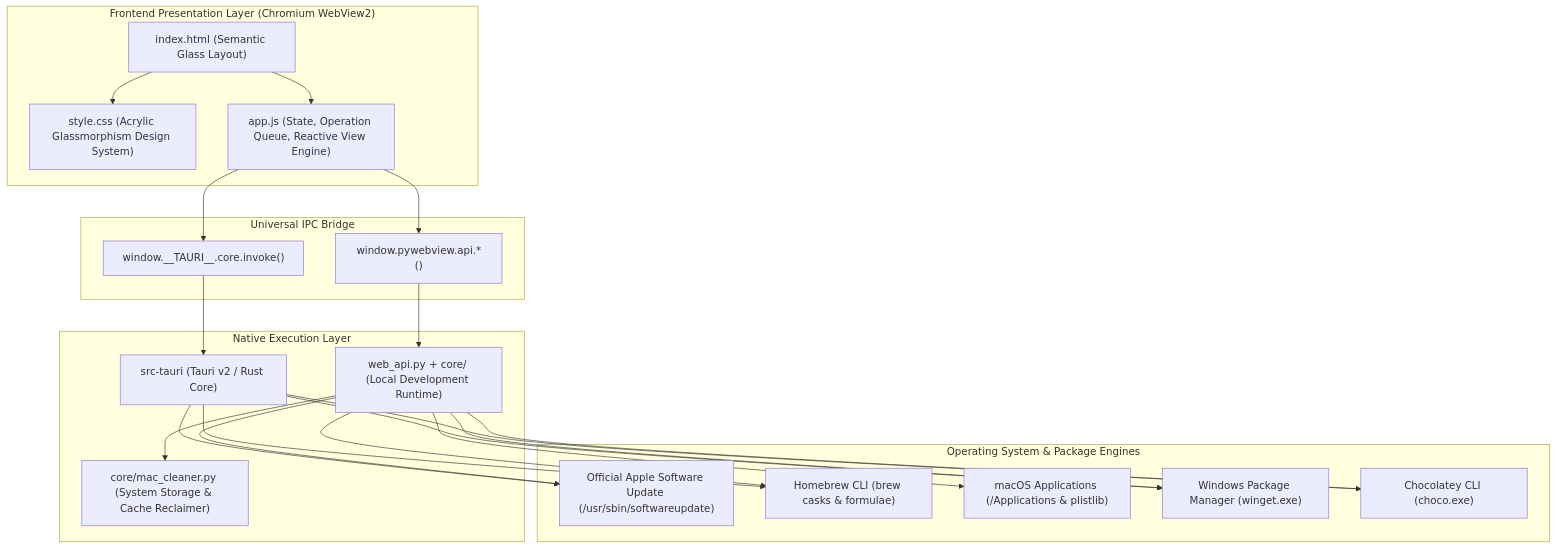
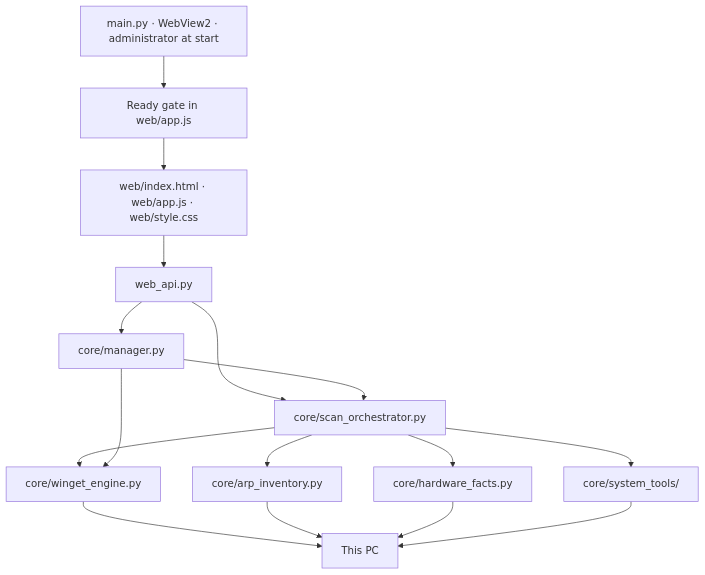
Before and after one commit to merchanthasan2/AudoChocolatey: the first of 2 diagrams in docs/ARCHITECTURE.md, drawn with Mermaid. The commit also changed other lines of this file and 177 other files, not shown here.

First line of the commit message:
feat(windows): release channel, winget package, ready gate, and Wave 1 cleanup

````diff
--- a/docs/ARCHITECTURE.md
+++ b/docs/ARCHITECTURE.md
@@ -12,45 +75,30 @@
 ```mermaid
-graph TD
-    subgraph UI ["Frontend Presentation Layer (Chromium WebView2)"]
-        HTML["index.html (Semantic Glass Layout)"]
-        CSS["style.css (Acrylic Glassmorphism Design System)"]
-        JS["app.js (State, Operation Queue, Reactive View Engine)"]
-    end
+flowchart TD
+  host["main.py · WebView2 · administrator at start"]
+  gate["Ready gate in web/app.js"]
+  screen["web/index.html · web/app.js · web/style.css"]
+  bridge["web_api.py"]
+  mgr["core/manager.py"]
+  scans["core/scan_orchestrator.py"]
+  catalog["core/winget_engine.py"]
+  arp["core/arp_inventory.py"]
+  facts["core/hardware_facts.py"]
+  tools["core/system_tools/"]
+  win["This PC"]
 
-    subgraph IPC ["Universal IPC Bridge"]
-        TauriIPC["window.__TAURI__.core.invoke()"]
-        PyBridge["window.pywebview.api.*()"]
-    end
-
-    subgraph Backend ["Native Execution Layer"]
-        Rust["src-tauri (Tauri v2 / Rust Core)"]
-        Python["web_api.py + core/ (Local Development Runtime)"]
-        Cleaner["core/mac_cleaner.py (System Storage & Cache Reclaimer)"]
-    end
-
-    subgraph System ["Operating System & Package Engines"]
-        AppleUpdate["Official Apple Software Update (/usr/sbin/softwareupdate)"]
-        Homebrew["Homebrew CLI (brew casks & formulae)"]
-        MacApps["macOS Applications (/Applications & plistlib)"]
-        Winget["Windows Package Manager (winget.exe)"]
-        Choco["Chocolatey CLI (choco.exe)"]
-    end
-
-    HTML --> CSS
-    HTML --> JS
-    JS --> TauriIPC
-    JS --> PyBridge
-    TauriIPC --> Rust
-    PyBridge --> Python
-    Python --> Cleaner
-    Rust --> AppleUpdate
-    Rust --> Homebrew
-    Rust --> Winget
-    Rust --> Choco
-    Python --> AppleUpdate
-    Python --> Homebrew
-    Python --> MacApps
-    Python --> Winget
-    Python --> Choco
-
+  host --> gate
+  gate --> screen
+  screen --> bridge
+  bridge --> mgr
+  bridge --> scans
+  mgr --> scans
+  scans --> catalog
+  scans --> arp
+  scans --> facts
+  scans --> tools
+  mgr --> catalog
+  catalog --> win
+  arp --> win
+  facts --> win
+  tools --> win
 ```
````
